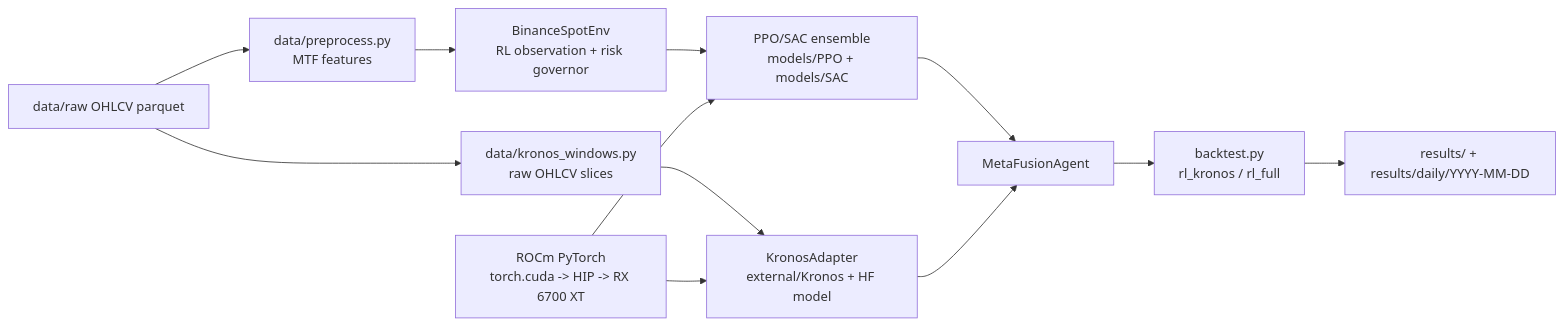
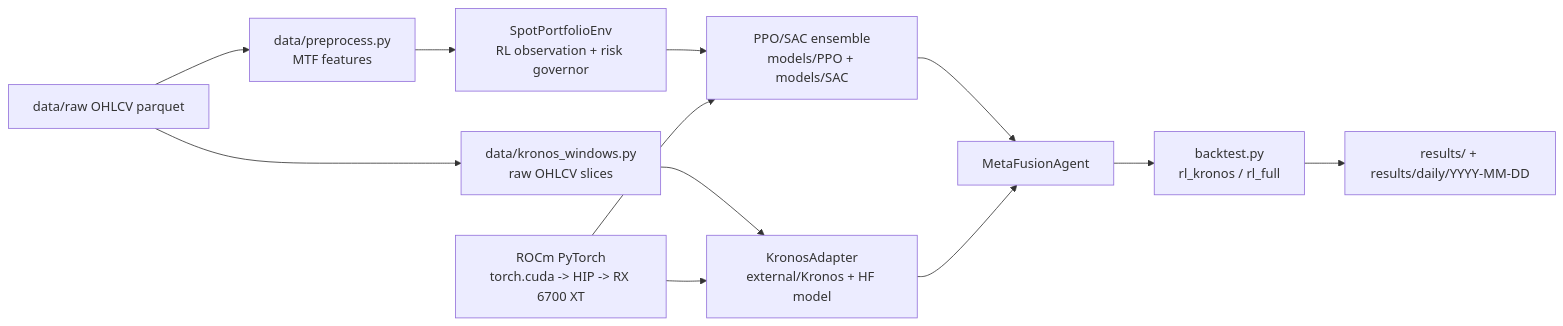
One commit to huytdqhe180383/Trading-bot changed the diagram in docs/rocm_runtime_architecture.md. Above: the diagram before and after it, drawn with Mermaid. The commit also changed 17 other files, not shown here.

````diff
--- a/docs/rocm_runtime_architecture.md
+++ b/docs/rocm_runtime_architecture.md
@@ -30,14 +30,14 @@
 ```mermaid
 flowchart LR
   raw["data/raw OHLCV parquet"] --> prep["data/preprocess.py<br/>MTF features"]
   raw --> kronos_windows["data/kronos_windows.py<br/>raw OHLCV slices"]
-  prep --> env["BinanceSpotEnv<br/>RL observation + risk governor"]
+  prep --> env["SpotPortfolioEnv<br/>RL observation + risk governor"]
   env --> rl["PPO/SAC ensemble<br/>models/PPO + models/SAC"]
   kronos_windows --> kronos["KronosAdapter<br/>external/Kronos + HF model"]
   rocm["ROCm PyTorch<br/>torch.cuda -> HIP -> RX 6700 XT"] --> rl
   rocm --> kronos
   rl --> fusion["MetaFusionAgent"]
   kronos --> fusion
   fusion --> bt["backtest.py<br/>rl_kronos / rl_full"]
   bt --> results["results/ + results/daily/YYYY-MM-DD"]
 ```
````
